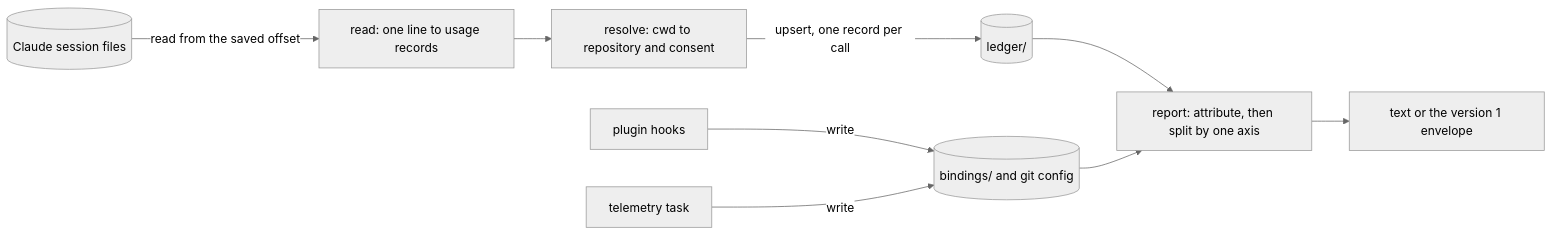
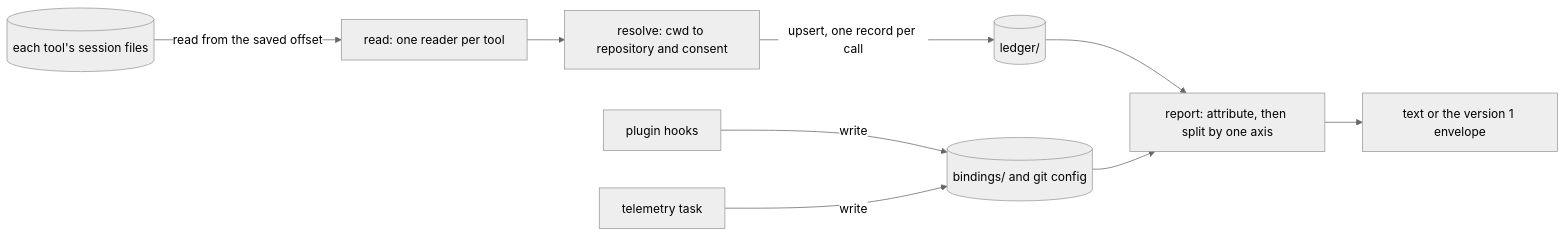
The diagram in cli/aidd_docs/memory/telemetry.md (ai-driven-dev/framework), drawn with Mermaid (neutral theme) before and after one commit. The commit also changed other lines of this file and 5 other files, not shown here.

````diff
--- a/cli/aidd_docs/memory/telemetry.md
+++ b/cli/aidd_docs/memory/telemetry.md
@@ -7,11 +18,11 @@
 ```mermaid
 flowchart LR
-    Files[("Claude session files")] -->|read from the saved offset| Reader["read: one line to usage records"]
+    Files[("each tool's session files")] -->|read from the saved offset| Reader["read: one reader per tool"]
     Reader --> Resolver["resolve: cwd to repository and consent"]
     Resolver -->|upsert, one record per call| Ledger[("ledger/")]
     Hooks["plugin hooks"] -->|write| Bindings[("bindings/ and git config")]
     Task["telemetry task"] -->|write| Bindings
     Ledger --> Report["report: attribute, then split by one axis"]
     Bindings --> Report
     Report --> Out["text or the version 1 envelope"]
 ```
````
